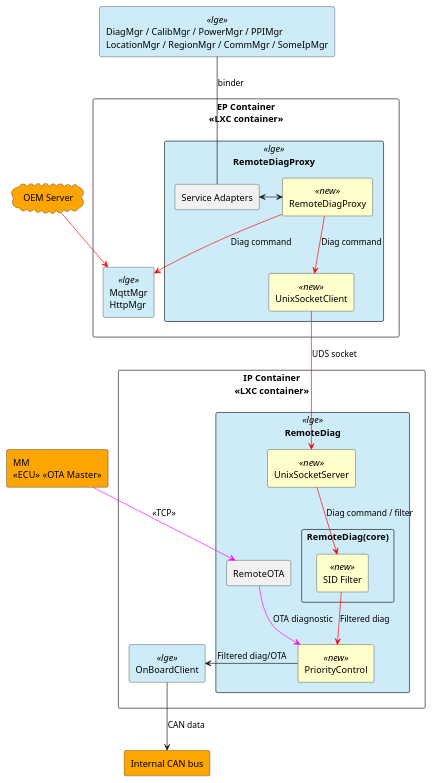
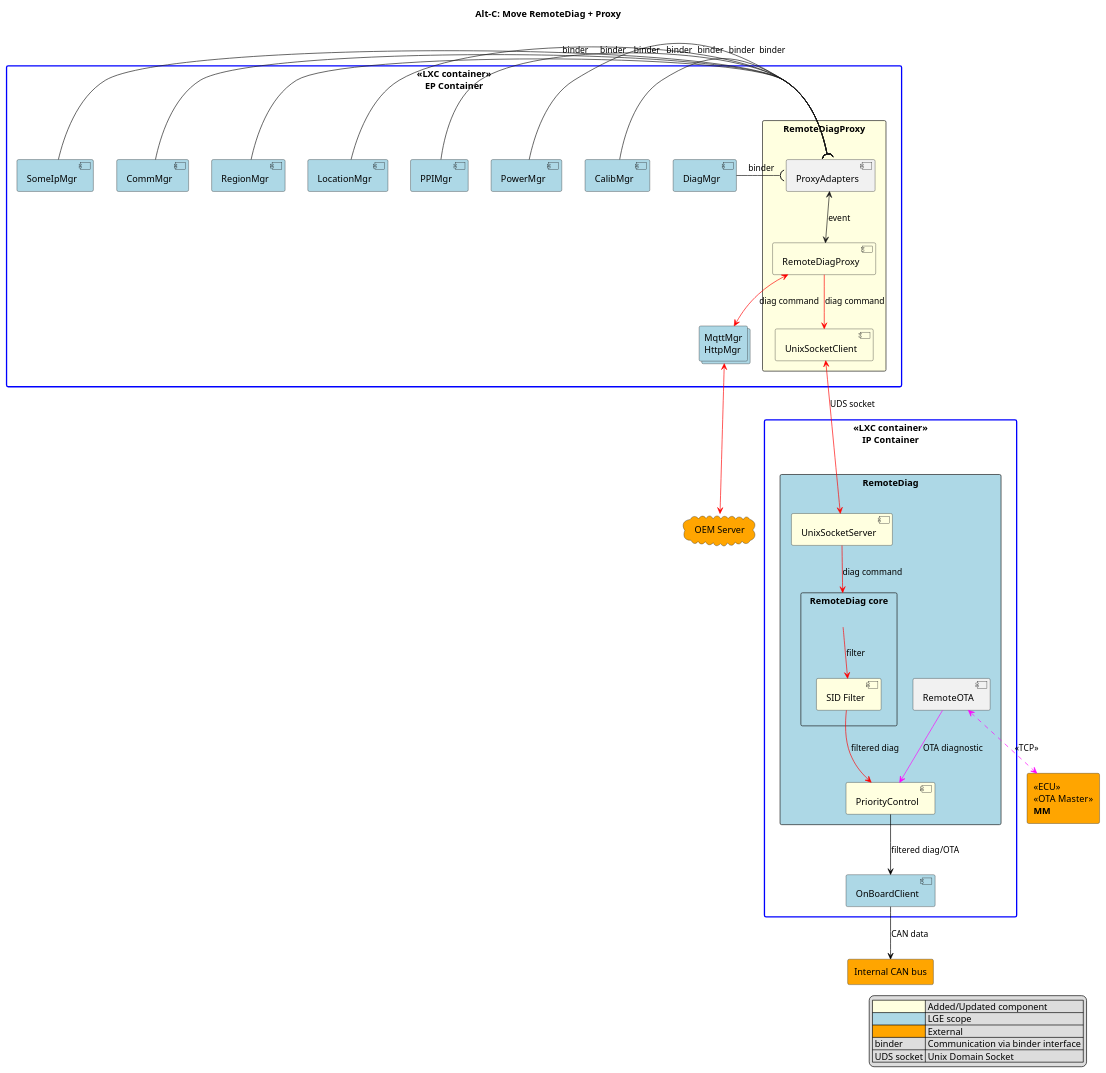
One commit to btqt/fe changed the sixth of 8 diagrams in design/FE_phi.vu_Design of Secure Remote Diag on Container Separation Architecture_3rd.md. Above: the diagram before and after it, drawn with PlantUML. The commit also changed other lines of this file and 3 other files, not shown here.

````diff
--- a/design/FE_phi.vu_Design of Secure Remote Diag on Container Separation Architecture_3rd.md
+++ b/design/FE_phi.vu_Design of Secure Remote Diag on Container Separation Architecture_3rd.md
@@ -312,51 +377,70 @@
 ```plantuml
-@startuml
-skinparam componentStyle uml2
-skinparam rectangle {
-  BackgroundColor<<lge>> #CDECF7
-  BackgroundColor<<new>> #FFFFCC
-  BackgroundColor<<ext>> #FFA500
+@startuml alt_c_proxy
+title Alt-C: Move RemoteDiag + Proxy
+
+cloud "OEM Server" as OEM #Orange
+rectangle "<<ECU>>\n<<OTA Master>>\n**MM**" as MM #Orange
+rectangle "Internal CAN bus" as CAN #Orange
+
+rectangle "<<LXC container>>\n**EP Container**" as EP #line:Blue;line.bold {
+    component "DiagMgr" as DIAG #LightBlue
+    component "CalibMgr" as CALIB #LightBlue
+    component "PowerMgr" as PWR #LightBlue
+    component "PPIMgr" as PPI #LightBlue
+    component "LocationMgr" as LOC #LightBlue
+    component "RegionMgr" as REG #LightBlue
+    component "CommMgr" as CMM #LightBlue
+    component "SomeIpMgr" as SOME #LightBlue
+
+    rectangle "**RemoteDiagProxy**" as RDP #LightYellow {
+        component "ProxyAdapters" as PADP
+        component "RemoteDiagProxy" as PRX #LightYellow
+        component "UnixSocketClient" as USC #LightYellow
+    }
+    collections "MqttMgr\nHttpMgr" as COMM #LightBlue
 }
 
-cloud "OEM Server" as OEM #FFA500
-
-rectangle "DiagMgr / CalibMgr / PowerMgr / PPIMgr\nLocationMgr / RegionMgr / CommMgr / SomeIpMgr" as MGRS <<lge>>
-
-rectangle "EP Container\n<<LXC container>>" {
-  rectangle "RemoteDiagProxy" <<lge>> {
-    rectangle "Service Adapters" as ADP
-    rectangle "RemoteDiagProxy" as RDP <<new>>
-    rectangle "UnixSocketClient" as USC <<new>>
-  }
-  rectangle "MqttMgr\nHttpMgr" as MQTT <<lge>>
+rectangle "<<LXC container>>\n**IP Container**" as IP #line:Blue;line.bold {
+    rectangle "**RemoteDiag**" as RDG #LightBlue {
+        component "UnixSocketServer" as USS #LightYellow
+        component "RemoteOTA" as OTA
+        rectangle "RemoteDiag core" as RDC {
+            component "SID Filter" as SID #LightYellow
+        }
+        component "PriorityControl" as PRIO #LightYellow
+    }
+    component "OnBoardClient" as OBC #LightBlue
 }
 
-rectangle "IP Container\n<<LXC container>>" {
-  rectangle "RemoteDiag" <<lge>> {
-    rectangle "UnixSocketServer" as USS <<new>>
-    rectangle "RemoteDiag(core)" as RDGC {
-      rectangle "SID Filter" as SID <<new>>
-    }
-    rectangle "RemoteOTA" as OTA
-    rectangle "PriorityControl" as PRIO <<new>>
-  }
-  rectangle "OnBoardClient" as OBC <<lge>>
-}
+' Giữ nguyên binder interface hiện có
+DIAG -( PADP : binder
+CALIB -( PADP : binder
+PWR -( PADP : binder
+PPI -( PADP : binder
+LOC -( PADP : binder
+REG -( PADP : binder
+CMM -( PADP : binder
+SOME -( PADP : binder
 
-rectangle "MM\n<<ECU>> <<OTA Master>>" as MM #FFA500
-rectangle "Internal CAN bus" as CAN #FFA500
+PADP <--> PRX : event
+PRX <-[#red]-> COMM : diag command
+COMM <-[#red]-> OEM
+PRX -[#red]-> USC : diag command
+USC <-[#red]-> USS : UDS socket
+USS -[#red]-> RDC : diag command
+RDC -[#red]-> SID : filter
+SID -[#red]-> PRIO : filtered diag
+OTA <-[#magenta,dashed]-> MM : <<TCP>>
+OTA -[#magenta]-> PRIO : OTA diagnostic
+PRIO -[#black]-> OBC : filtered diag/OTA
+OBC -[#black]-> CAN : CAN data
 
-MGRS -- ADP : binder
-ADP <-> RDP
-RDP -[#red]-> MQTT : Diag command
-RDP -[#red]-> USC : Diag command
-OEM -[#red]-> MQTT
-USC -[#red]-> USS : UDS socket
-USS -[#red]-> SID : Diag command / filter
-SID -[#red]-> PRIO : Filtered diag
-OTA -[#magenta]-> PRIO : OTA diagnostic
-PRIO -> OBC : Filtered diag/OTA
-MM -[#magenta]-> OTA : <<TCP>>
-OBC --> CAN : CAN data
+legend right
+|<#LightYellow>| Added/Updated component |
+|<#LightBlue>| LGE scope |
+|<#Orange>| External |
+| binder | Communication via binder interface |
+| UDS socket | Unix Domain Socket |
+endlegend
 @enduml
 ```
````
